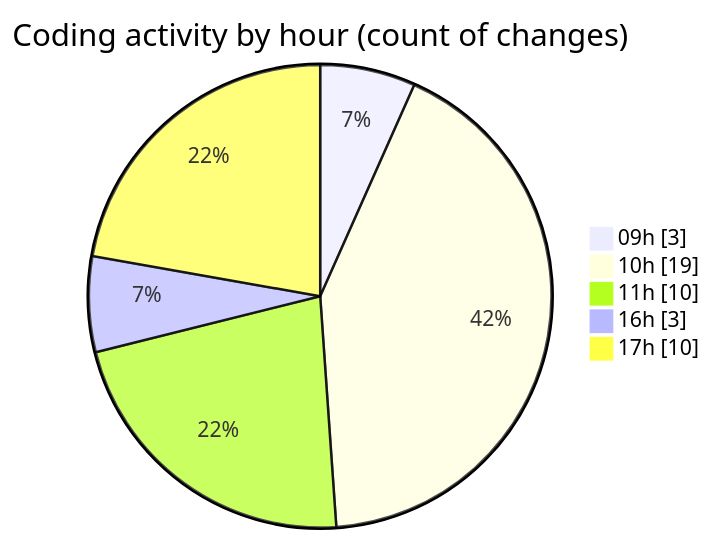
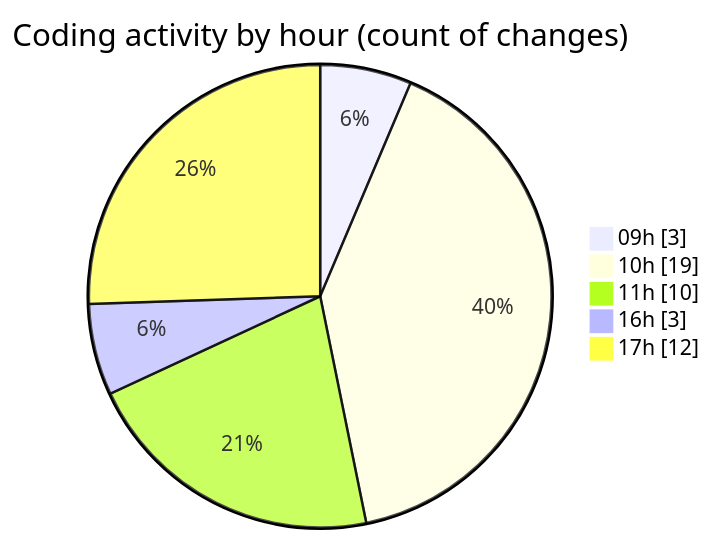
One commit to momahboobian/code-tracking changed the second of 2 diagrams in 2025-08-08/cda/README.md. Above: the diagram before and after it, drawn with Mermaid. The commit also changed other lines of this file and 1 other file, not shown here.

````diff
--- a/2025-08-08/cda/README.md
+++ b/2025-08-08/cda/README.md
@@ -35,9 +35,9 @@
 ```mermaid
 pie showData
 title Coding activity by hour (count of changes)
 "09h" : 3
 "10h" : 19
 "11h" : 10
 "16h" : 3
-"17h" : 10
+"17h" : 12
 ```
````
